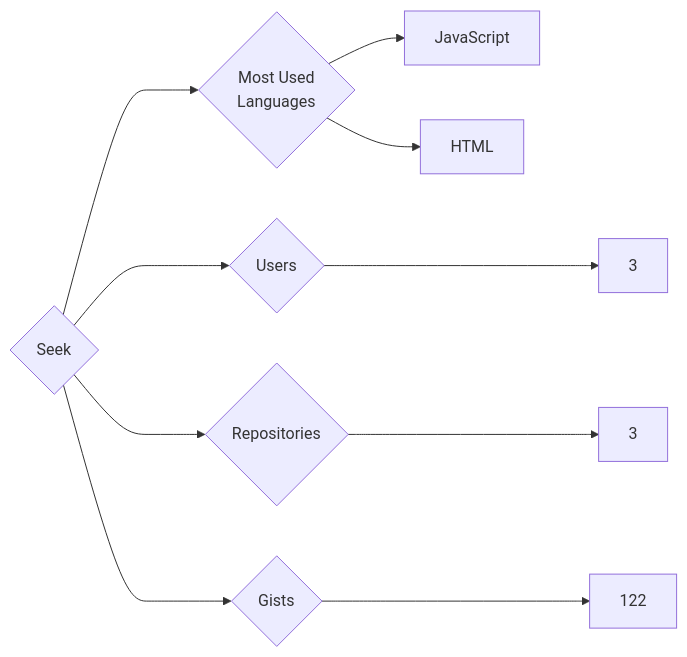
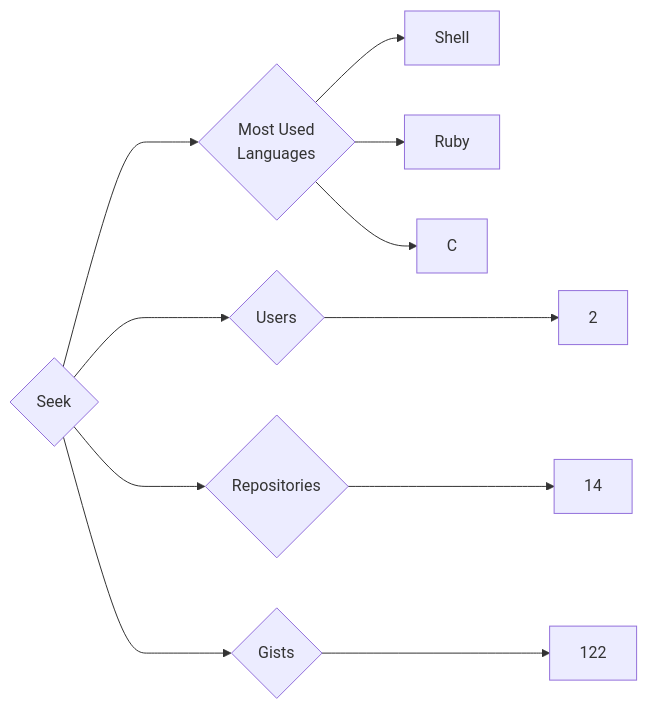
Before and after one commit to trickest/insiders: the diagram in targets/Seek/README.md, drawn with Mermaid. The commit also changed 895 other files, not shown here.

````diff
--- a/targets/Seek/README.md
+++ b/targets/Seek/README.md
@@ -3,10 +3,11 @@
 ```mermaid
 graph LR
 COMPANY_NAME{Seek}
-COMPANY_NAME ---> U{Users} ---> UN[3]
-COMPANY_NAME ---> R{Repositories} ---> RN[3]
+COMPANY_NAME ---> U{Users} ---> UN[2]
+COMPANY_NAME ---> R{Repositories} ---> RN[14]
 COMPANY_NAME ---> G{Gists} ---> GN[122]
 COMPANY_NAME ---> ML{Most Used<br>Languages}
-ML --> JavaScript[JavaScript]
-ML --> HTML[HTML]
+ML --> Shell[Shell]
+ML --> Ruby[Ruby]
+ML --> C[C]
 ```
````
